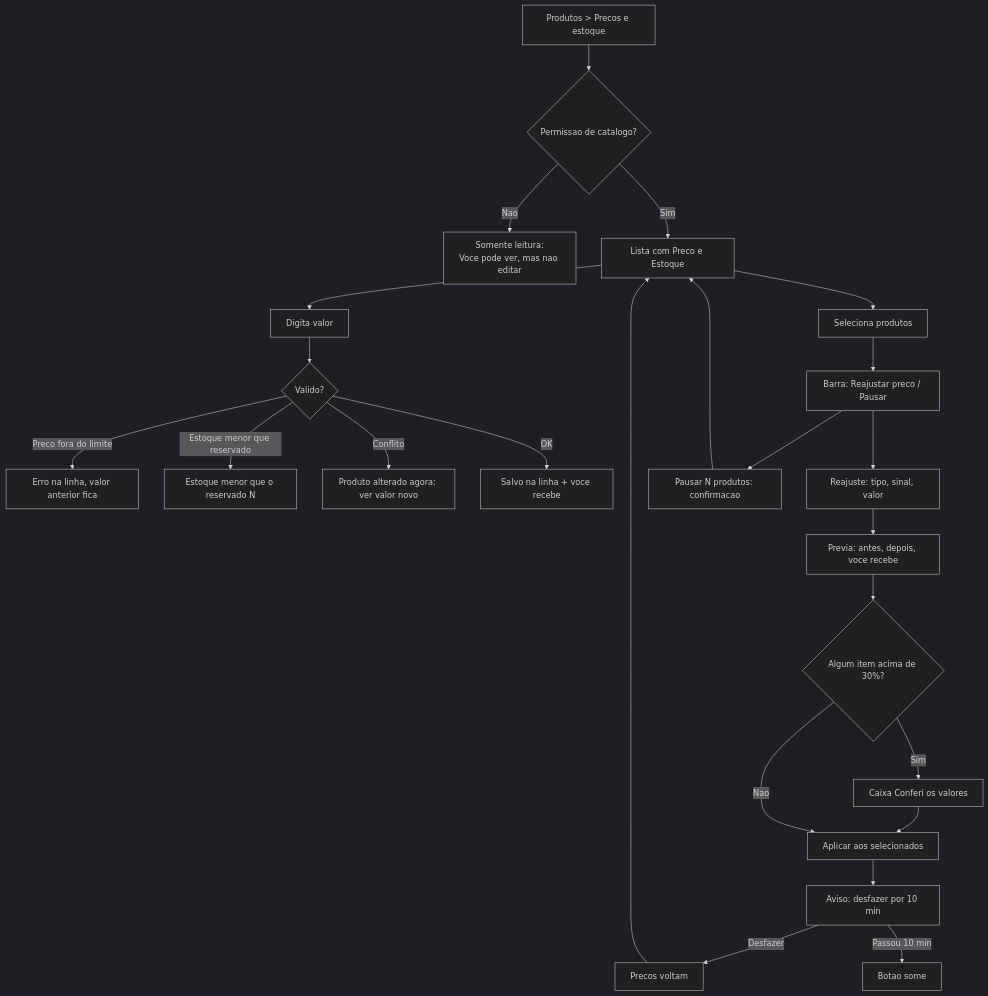
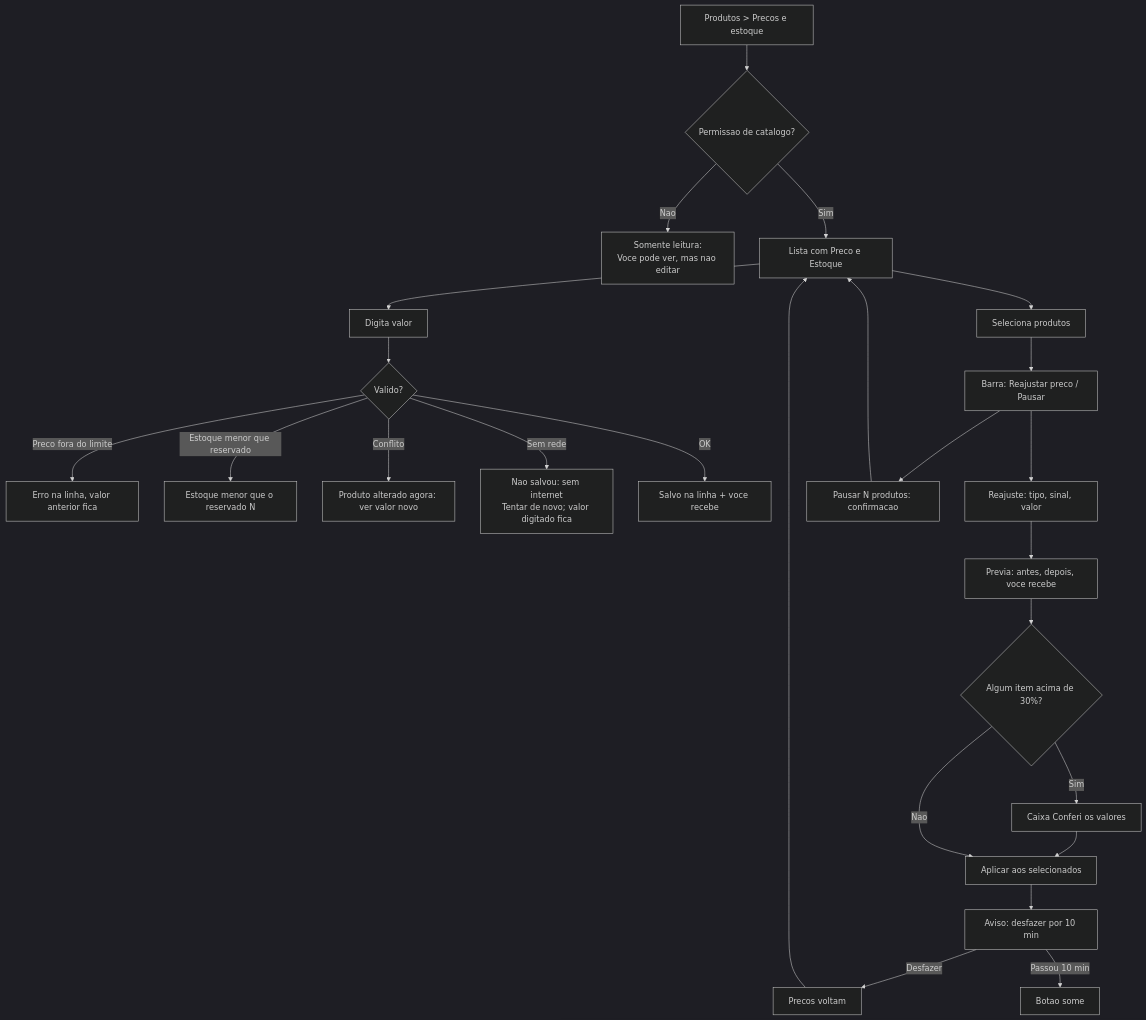
Before and after one commit to yagogavilan/webag: the fourth of 4 diagrams in docs/design/fluxos/v1-1-cadastro-rapido.md, drawn with Mermaid (dark theme). The commit also changed other lines of this file and 388 other files, not shown here.

````diff
--- a/docs/design/fluxos/v1-1-cadastro-rapido.md
+++ b/docs/design/fluxos/v1-1-cadastro-rapido.md
@@ -89,20 +102,21 @@
 ```mermaid
 flowchart TD
   M[Produtos > Precos e estoque] --> RO{Permissao de catalogo?}
   RO -->|Nao| RO1[Somente leitura:<br/>Voce pode ver, mas nao editar]
   RO -->|Sim| ED[Lista com Preco e Estoque]
   ED --> IN[Digita valor] --> VL{Valido?}
   VL -->|Preco fora do limite| VL1[Erro na linha, valor anterior fica]
   VL -->|Estoque menor que reservado| VL2[Estoque menor que o reservado N]
   VL -->|Conflito| VL3[Produto alterado agora: ver valor novo]
+  VL -->|Sem rede| VL4[Nao salvou: sem internet<br/>Tentar de novo; valor digitado fica]
   VL -->|OK| SV[Salvo na linha + voce recebe]
   ED --> SEL[Seleciona produtos] --> BAR[Barra: Reajustar preco / Pausar]
   BAR --> RJ[Reajuste: tipo, sinal, valor] --> PV[Previa: antes, depois, voce recebe]
   PV --> G30{Algum item acima de 30%?}
   G30 -->|Sim| G31[Caixa Conferi os valores] --> AP
   G30 -->|Nao| AP[Aplicar aos selecionados]
   AP --> UN[Aviso: desfazer por 10 min]
   UN -->|Desfazer| UN1[Precos voltam] --> ED
   UN -->|Passou 10 min| UN2[Botao some]
   BAR --> PA[Pausar N produtos: confirmacao] --> ED
 ```
````
